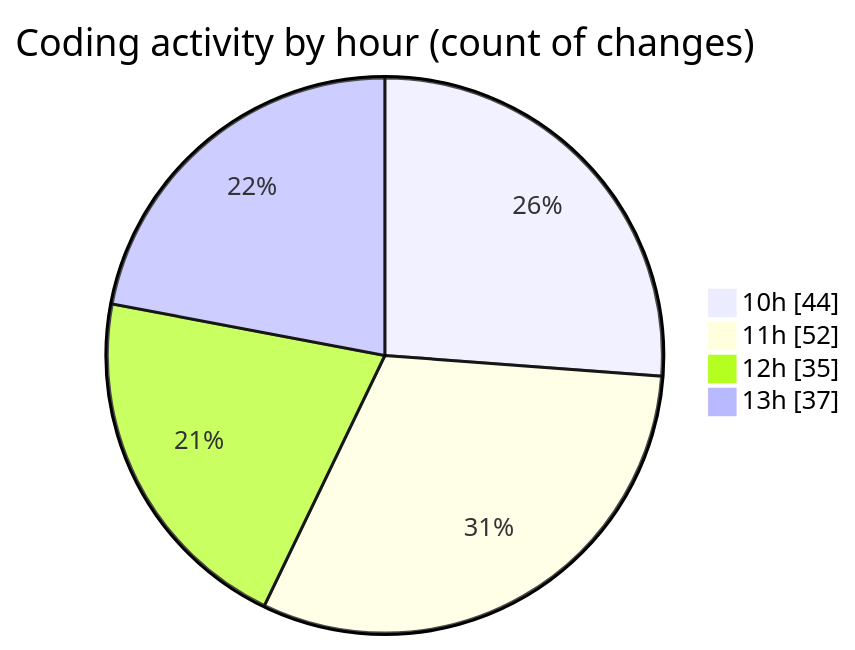
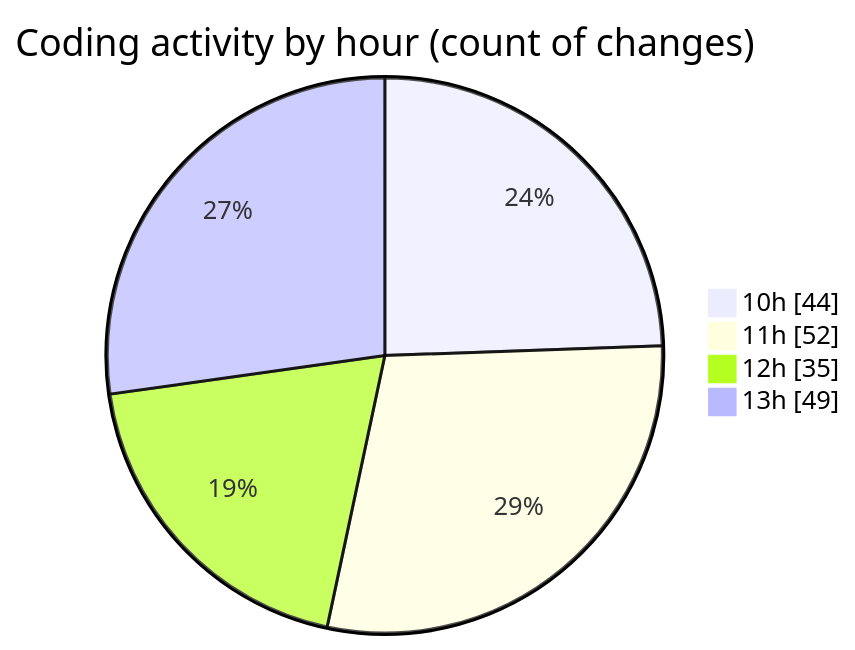
The second of 2 diagrams in 2025-08-28/cda/README.md (momahboobian/code-tracking), drawn with Mermaid before and after one commit. The commit also changed other lines of this file and 1 other file, not shown here.

````diff
--- a/2025-08-28/cda/README.md
+++ b/2025-08-28/cda/README.md
@@ -35,8 +35,8 @@
 ```mermaid
 pie showData
 title Coding activity by hour (count of changes)
 "10h" : 44
 "11h" : 52
 "12h" : 35
-"13h" : 37
+"13h" : 49
 ```
````
